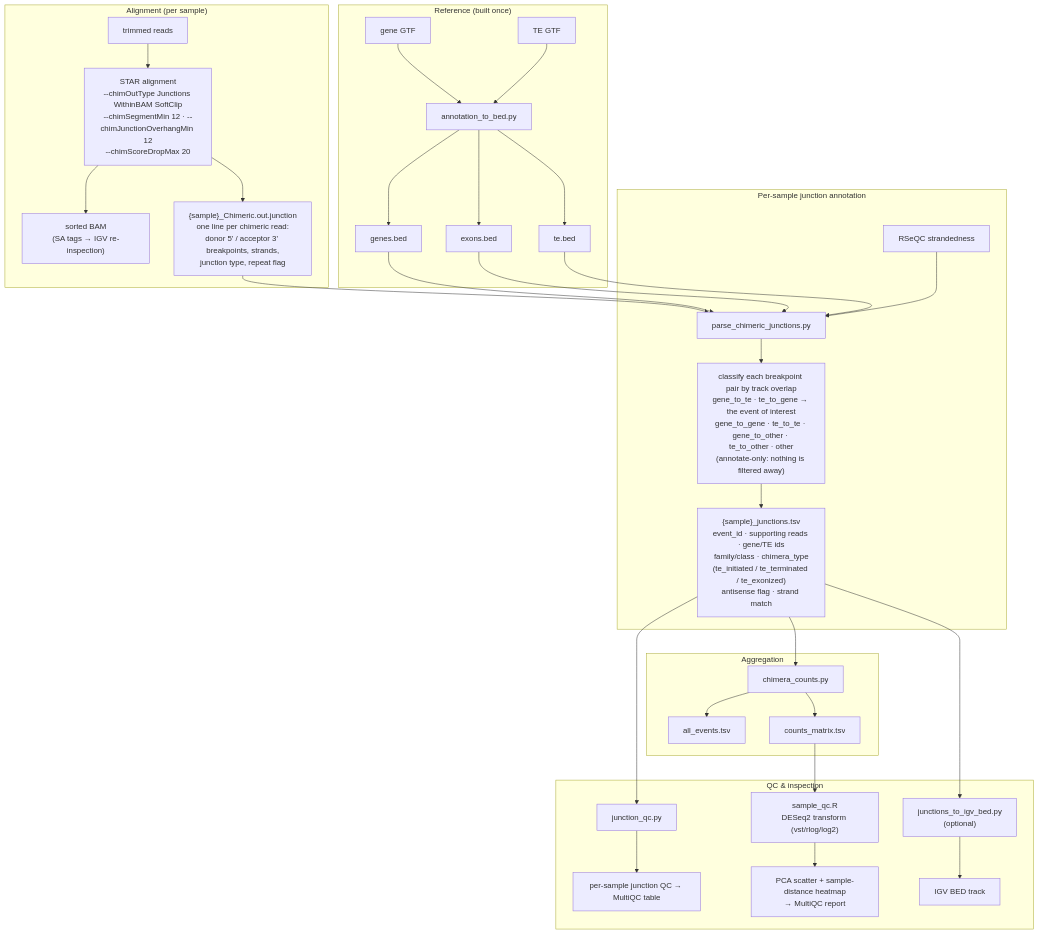
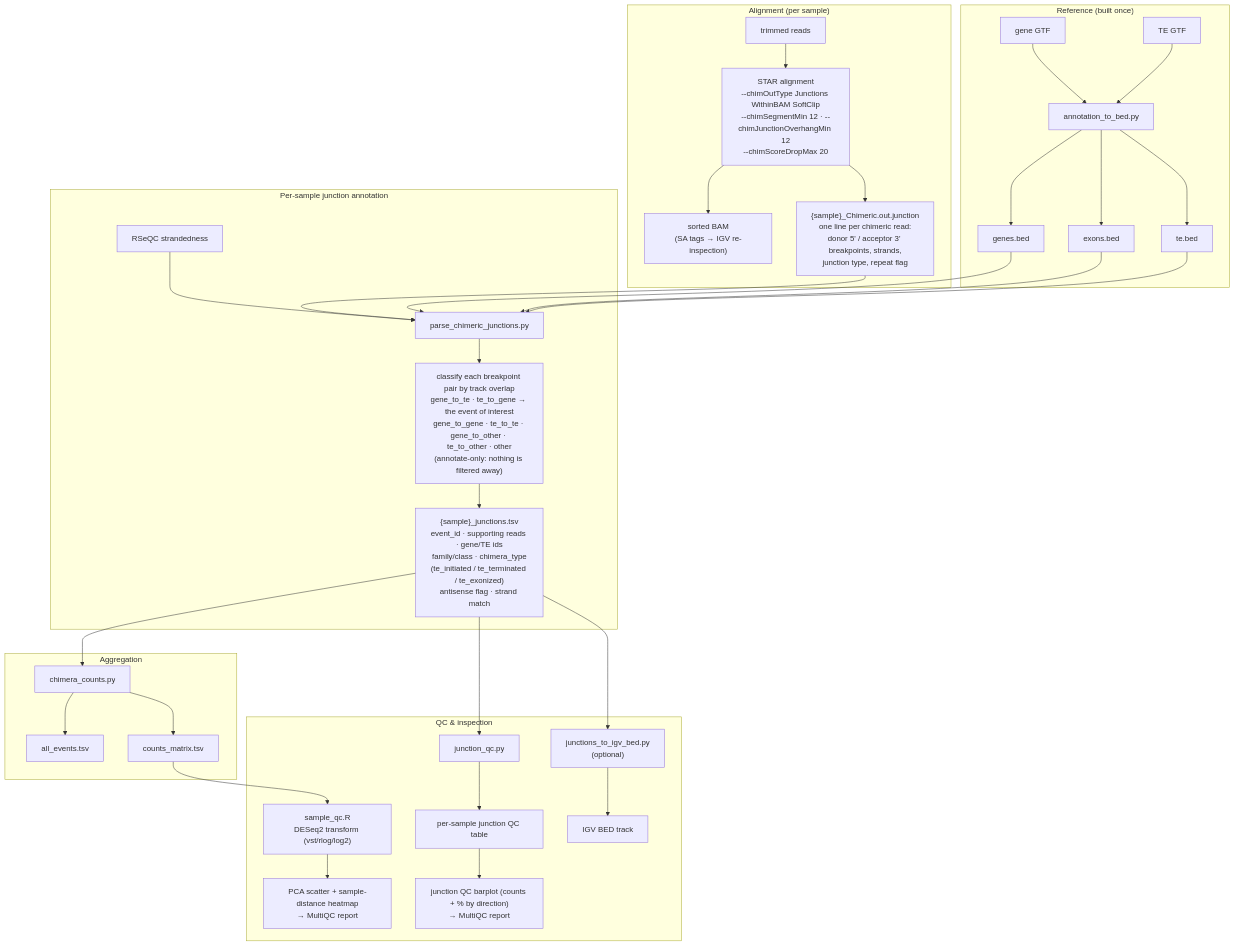
Before and after one commit to altintasali/TEtranscripts-pipe: the second of 2 diagrams in README.md, drawn with Mermaid. The commit also changed other lines of this file and 10 other files, not shown here.

Commit message:
barplots: MultiQC junction-QC + TEcounts summary (v0.6.1)

````diff
--- a/README.md
+++ b/README.md
@@ -570,41 +590,42 @@
 ```mermaid
 flowchart TD
     subgraph reference["Reference (built once)"]
         gtf["gene GTF"] --> bed["annotation_to_bed.py"]
         te_gtf["TE GTF"] --> bed
         bed --> genes["genes.bed"]
         bed --> exons["exons.bed"]
         bed --> te["te.bed"]
     end
 
     subgraph alignment["Alignment (per sample)"]
         reads["trimmed reads"] --> star["STAR alignment<br/>--chimOutType Junctions WithinBAM SoftClip<br/>--chimSegmentMin 12 · --chimJunctionOverhangMin 12<br/>--chimScoreDropMax 20"]
         star --> bam["sorted BAM<br/>(SA tags → IGV re-inspection)"]
         star --> junc["{sample}_Chimeric.out.junction<br/>one line per chimeric read:<br/>donor 5' / acceptor 3' breakpoints, strands,<br/>junction type, repeat flag"]
     end
 
     subgraph annotate["Per-sample junction annotation"]
         junc --> parse["parse_chimeric_junctions.py"]
         genes --> parse
         exons --> parse
         te --> parse
         stranded["RSeQC strandedness"] --> parse
         parse --> classify["classify each breakpoint pair by track overlap<br/>gene_to_te · te_to_gene → the event of interest<br/>gene_to_gene · te_to_te · gene_to_other · te_to_other · other<br/>(annotate-only: nothing is filtered away)"]
         classify --> event["{sample}_junctions.tsv<br/>event_id · supporting reads · gene/TE ids<br/>family/class · chimera_type<br/>(te_initiated / te_terminated / te_exonized)<br/>antisense flag · strand match"]
     end
 
     subgraph aggregate["Aggregation"]
         event --> counts["chimera_counts.py"]
         counts --> all_events["all_events.tsv"]
         counts --> matrix["counts_matrix.tsv"]
     end
 
     subgraph qc["QC & inspection"]
         event --> jqc["junction_qc.py"]
-        jqc --> jq["per-sample junction QC → MultiQC table"]
+        jqc --> jq["per-sample junction QC table"]
+        jq --> jqb["junction QC barplot (counts + % by direction)<br/>→ MultiQC report"]
         matrix --> sqc["sample_qc.R<br/>DESeq2 transform (vst/rlog/log2)"]
         sqc --> plots["PCA scatter + sample-distance heatmap<br/>→ MultiQC report"]
         event --> igv["junctions_to_igv_bed.py<br/>(optional)"]
         igv --> bedtrack["IGV BED track"]
     end
 ```
````
